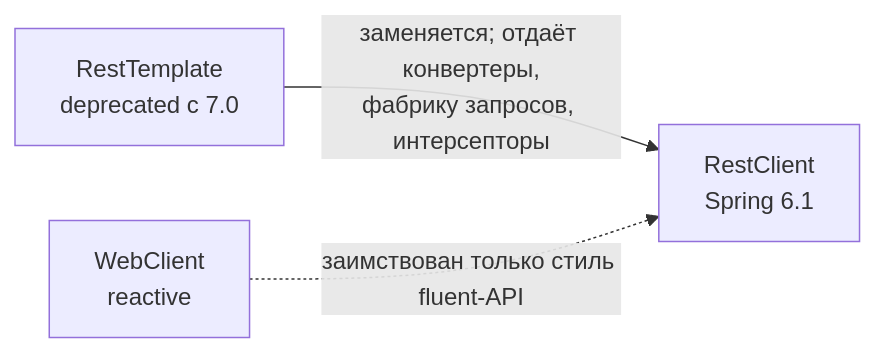
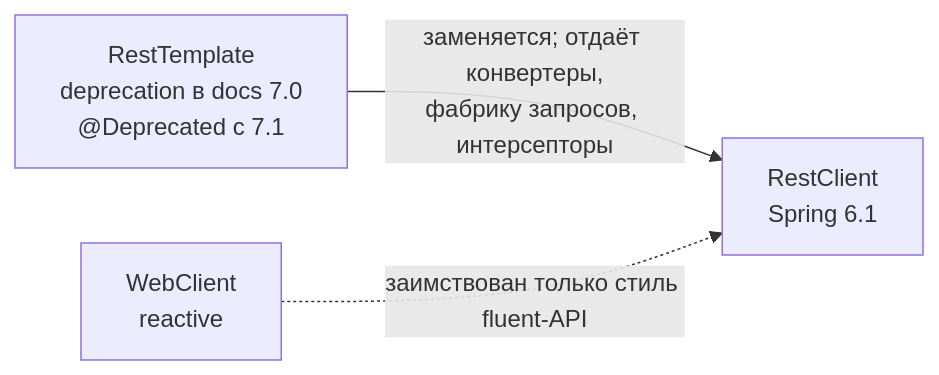
Before and after one commit to akeverus/cheat-sheet: the diagram in cheatsheets/interview/frameworks/spring/spring-rest-client-interview.md, drawn with Mermaid. The commit also changed other lines of this file and 154 other files, not shown here.

````diff
--- a/cheatsheets/interview/frameworks/spring/spring-rest-client-interview.md
+++ b/cheatsheets/interview/frameworks/spring/spring-rest-client-interview.md
@@ -79,5 +79,5 @@
 ```mermaid
 graph LR
-    RT["RestTemplate<br/>deprecated с 7.0"] -->|"заменяется; отдаёт конвертеры,<br/>фабрику запросов, интерсепторы"| RC["RestClient<br/>Spring 6.1"]
+    RT["RestTemplate<br/>deprecation в docs 7.0<br/>@Deprecated с 7.1"] -->|"заменяется; отдаёт конвертеры,<br/>фабрику запросов, интерсепторы"| RC["RestClient<br/>Spring 6.1"]
     WC["WebClient<br/>reactive"] -.->|"заимствован только стиль fluent-API"| RC
 ```
````
